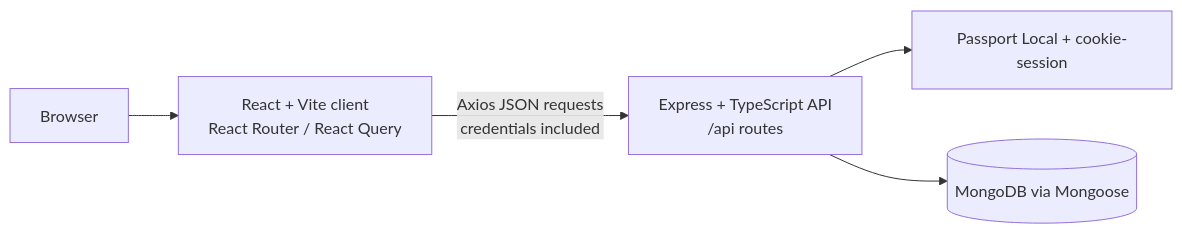
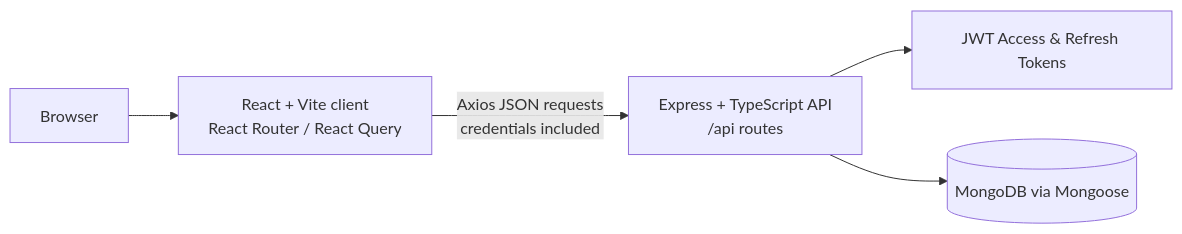
Before and after one commit to ranajitKarmakar631/TeamNova: the first of 3 diagrams in ARCHITECTURE.md, drawn with Mermaid. The commit also changed other lines of this file and 150 other files, not shown here.

Commit message:
feat: initialize backend and client application architecture with core modules and UI components

````diff
--- a/ARCHITECTURE.md
+++ b/ARCHITECTURE.md
@@ -7,12 +7,12 @@
 ```mermaid
 flowchart LR
   Browser[Browser]
   UI[React + Vite client\nReact Router / React Query]
   API[Express + TypeScript API\n/api routes]
-  Auth[Passport Local + cookie-session]
+  Auth[JWT Access & Refresh Tokens]
   Mongo[(MongoDB via Mongoose)]
   Browser --> UI
   UI -->|Axios JSON requests\ncredentials included| API
   API --> Auth
   API --> Mongo
 ```
````
